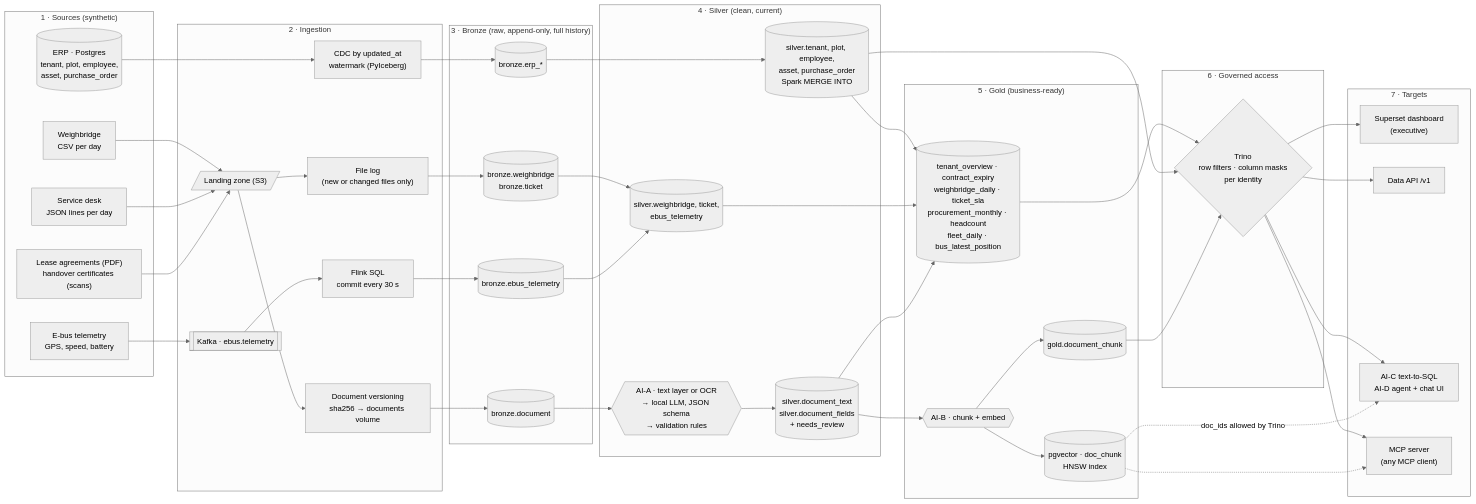
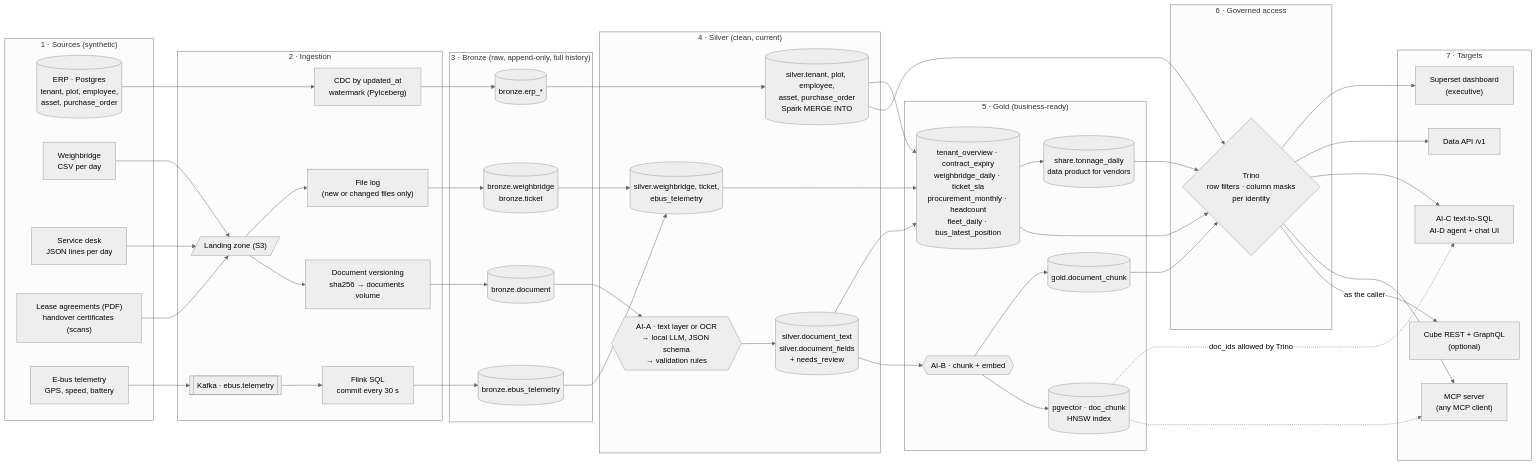
One commit to git-raka/iceberg-ai-lakehouse changed the diagram in README.md. Above: the diagram before and after it, drawn with Mermaid (neutral theme). The commit also changed other lines of this file and 14 other files, not shown here.

First line of the commit message:
Add a shared data product, a fictional vendor and an optional Cube layer

````diff
--- a/README.md
+++ b/README.md
@@ -66,6 +67,7 @@
     A2{{"AI-B · chunk + embed"}}
     G2[("gold.document_chunk")]
     VEC[("pgvector · doc_chunk<br/>HNSW index")]
+    SH[("share.tonnage_daily<br/>data product for vendors")]
   end
 
   subgraph GOV["6 · Governed access"]
@@ -77,6 +79,7 @@
     API["Data API /v1"]
     AGT["AI-C text-to-SQL<br/>AI-D agent + chat UI"]
     MCP["MCP server<br/>(any MCP client)"]
+    CUBE["Cube REST + GraphQL<br/>(optional)"]
   end
 
   ERP --> CDC --> B1
@@ -97,14 +100,17 @@
   S3 --> G1
   S3 --> A2 --> G2
   A2 --> VEC
+  G1 --> SH
 
   G1 --> TR
   S1 --> TR
   G2 --> TR
+  SH --> TR
   TR --> SUP
   TR --> API
   TR --> AGT
   TR --> MCP
+  TR -- "as the caller" --> CUBE
   VEC -. "doc_ids allowed by Trino" .-> AGT
   VEC -.-> MCP
 ```
````
